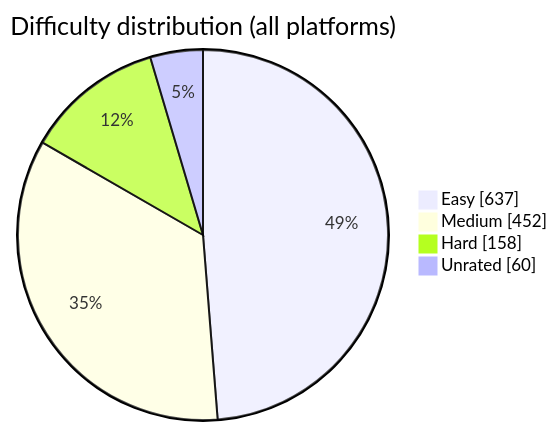
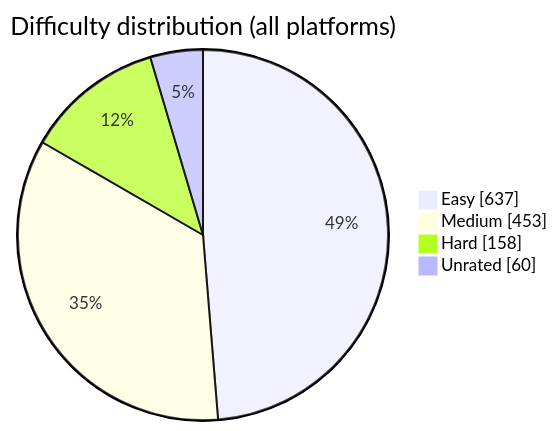
Before and after one commit to BuildbyArindam/Daily-Coding-Log: the diagram in README.md, drawn with Mermaid. The commit also changed other lines of this file, not shown here.

````diff
--- a/README.md
+++ b/README.md
@@ -93,7 +93,7 @@
 ```mermaid
 pie showData title Difficulty distribution (all platforms)
     "Easy" : 637
-    "Medium" : 452
+    "Medium" : 453
     "Hard" : 158
     "Unrated" : 60
 ```
````
